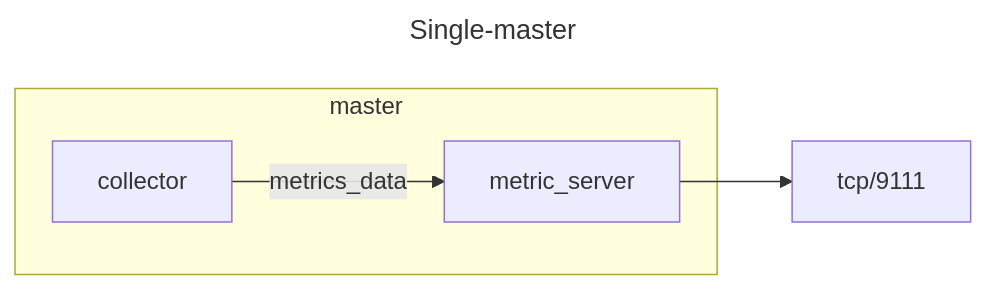
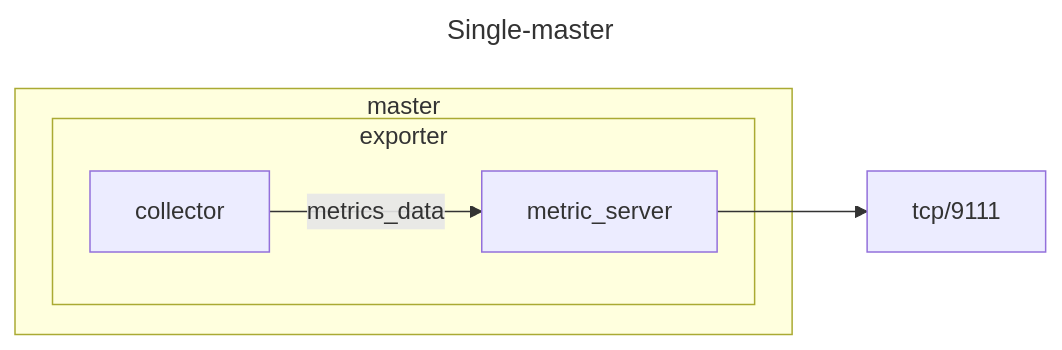
One commit to JoePeach88/salt-exporter changed the first of 3 diagrams in README.md. Above: the diagram before and after it, drawn with Mermaid. The commit also changed other lines of this file and 1 other file, not shown here.

````diff
--- a/README.md
+++ b/README.md
@@ -22,14 +22,16 @@
 ```mermaid
 ---
 title: Single-master
 ---
 flowchart LR
 
   subgraph master
-    collector_master[collector]
-    metric_server
+    subgraph exporter
+      collector_master[collector]
+      metric_server
+    end
   end
 
   collector_master--metrics_data-->metric_server
   metric_server-->expose_metrics[tcp/9111]
 ```
````
